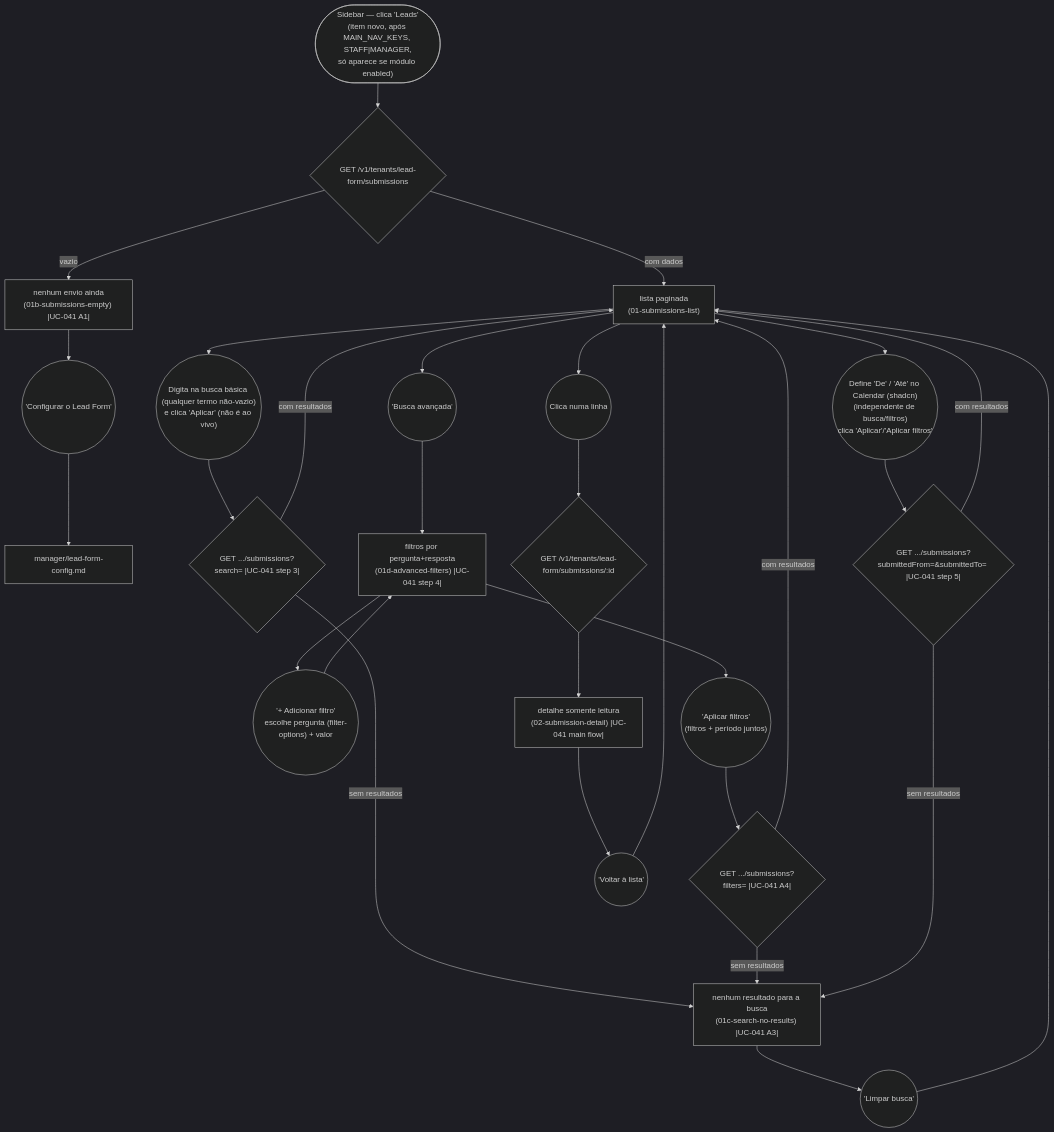
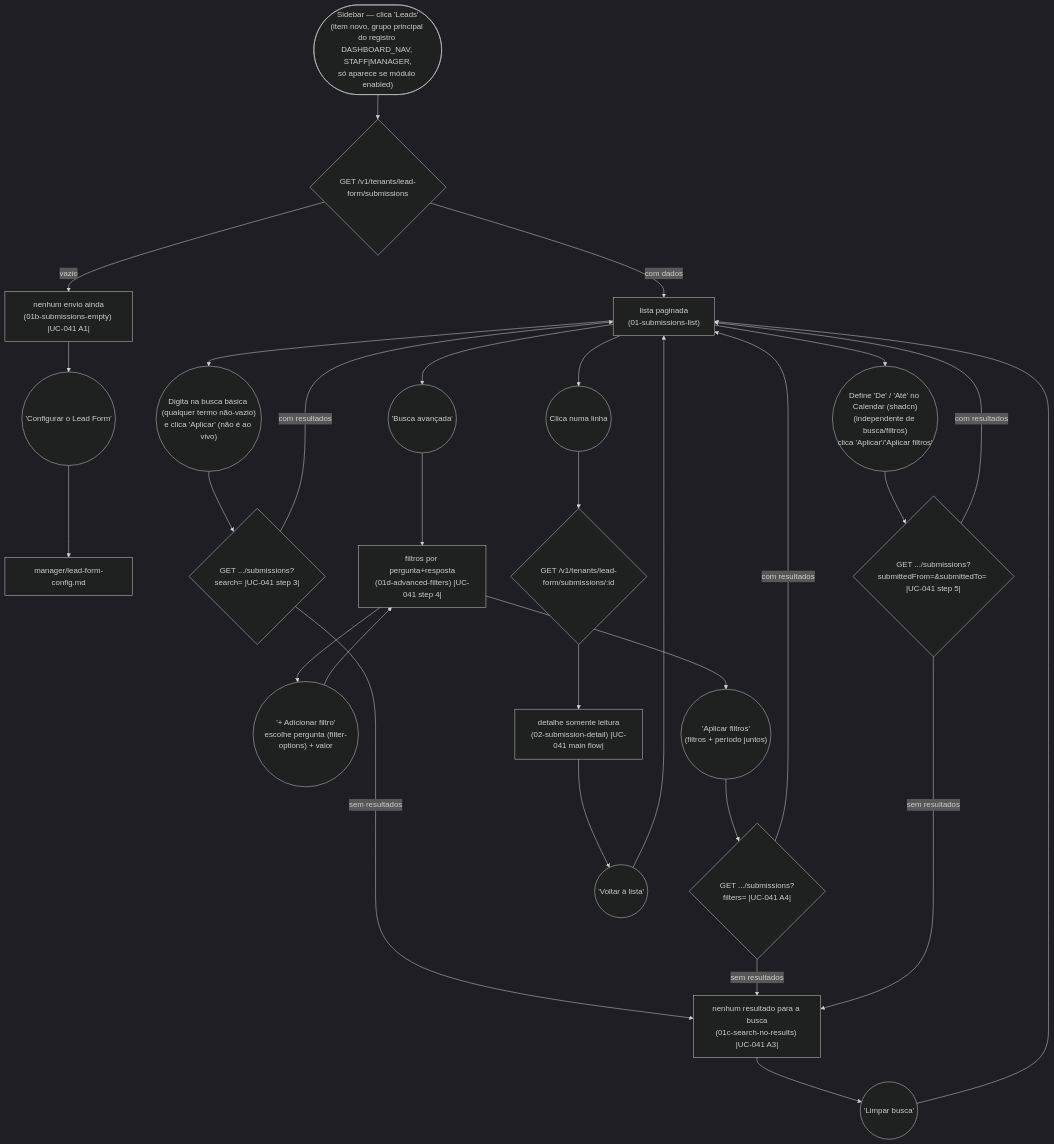
The diagram in journeys/manager/lead-form-submissions.md (lmmoreira/ikaro), drawn with Mermaid (dark theme) before and after one commit. The commit also changed 17 other files, not shown here.

````diff
--- a/journeys/manager/lead-form-submissions.md
+++ b/journeys/manager/lead-form-submissions.md
@@ -12,36 +12,36 @@
 ```mermaid
 flowchart TD
-    Start(["Sidebar — clica 'Leads'<br/>(item novo, após MAIN_NAV_KEYS, STAFF|MANAGER,<br/>só aparece se módulo enabled)"]) --> List{"GET /v1/tenants/lead-form/submissions"}
+    Start(["Sidebar — clica 'Leads'<br/>(item novo, grupo principal do registro DASHBOARD_NAV, STAFF|MANAGER,<br/>só aparece se módulo enabled)"]) --> List{"GET /v1/tenants/lead-form/submissions"}
     List -- "vazio" --> Empty["nenhum envio ainda<br/>(01b-submissions-empty) |UC-041 A1|"]
     List -- "com dados" --> Submissions["lista paginada<br/>(01-submissions-list)"]
 
     Empty --> ToConfig(("'Configurar o Lead Form'"))
     ToConfig --> ConfigJourney["manager/lead-form-config.md"]
 
     Submissions --> TypeSearch(("Digita na busca básica (qualquer termo não-vazio)<br/>e clica 'Aplicar' (não é ao vivo)"))
     TypeSearch --> SearchQuery{"GET .../submissions?search= |UC-041 step 3|"}
     SearchQuery -- "sem resultados" --> NoResults["nenhum resultado para a busca<br/>(01c-search-no-results) |UC-041 A3|"]
     SearchQuery -- "com resultados" --> Submissions
     NoResults --> ClearSearch(("'Limpar busca'"))
     ClearSearch --> Submissions
 
     Submissions --> OpenAdvanced(("'Busca avançada'"))
     OpenAdvanced --> Advanced["filtros por pergunta+resposta<br/>(01d-advanced-filters) |UC-041 step 4|"]
     Advanced --> AddFilterRow(("'+ Adicionar filtro'<br/>escolhe pergunta (filter-options) + valor"))
     AddFilterRow --> Advanced
     Advanced --> ApplyFilters(("'Aplicar filtros'<br/>(filtros + período juntos)"))
     ApplyFilters --> FiltersQuery{"GET .../submissions?filters= |UC-041 A4|"}
     FiltersQuery -- "sem resultados" --> NoResults
     FiltersQuery -- "com resultados" --> Submissions
 
     Submissions --> SetDateRange(("Define 'De' / 'Até' no Calendar (shadcn)<br/>(independente de busca/filtros)<br/>clica 'Aplicar'/'Aplicar filtros'"))
     SetDateRange --> DateRangeQuery{"GET .../submissions?submittedFrom=&submittedTo= |UC-041 step 5|"}
     DateRangeQuery -- "sem resultados" --> NoResults
     DateRangeQuery -- "com resultados" --> Submissions
 
     Submissions --> ClickRow(("Clica numa linha"))
     ClickRow --> Detail{"GET /v1/tenants/lead-form/submissions/:id"}
     Detail --> Detail2["detalhe somente leitura<br/>(02-submission-detail) |UC-041 main flow|"]
     Detail2 --> Back(("'Voltar à lista'"))
     Back --> Submissions
 ```
````
